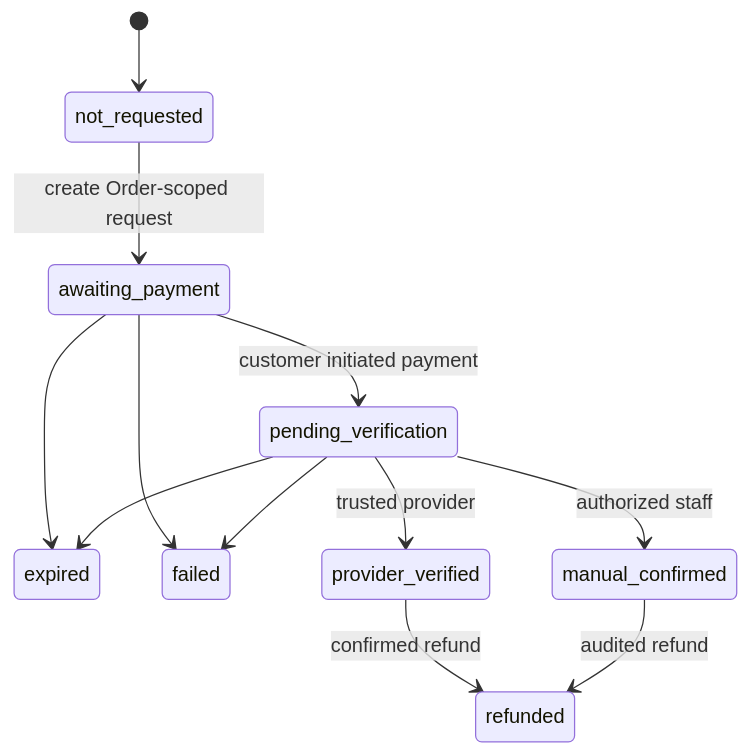
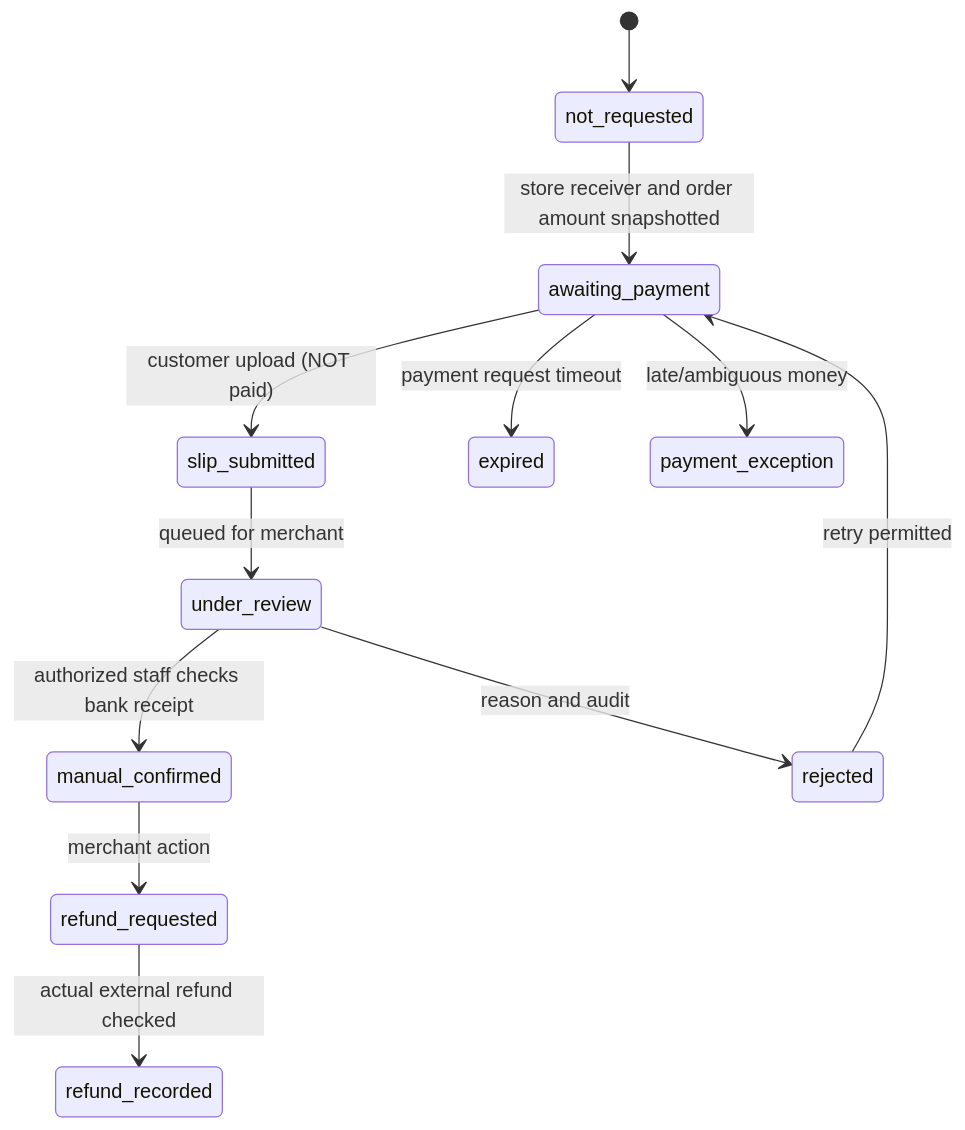
One commit to yiwssx/rcat-pos-system changed the second of 2 diagrams in docs/requirements/STATES.md. Above: the diagram before and after it, drawn with Mermaid. The commit also changed other lines of this file, not shown here.

Commit message:
docs(payment): align docs/requirements/STATES.md with G5-M1 manual PromptPay

````diff
--- a/docs/requirements/STATES.md
+++ b/docs/requirements/STATES.md
@@ -23,14 +23,14 @@
 ```mermaid
 stateDiagram-v2
     [*] --> not_requested
-    not_requested --> awaiting_payment: create Order-scoped request
-    awaiting_payment --> pending_verification: customer initiated payment
-    awaiting_payment --> expired
-    awaiting_payment --> failed
-    pending_verification --> provider_verified: trusted provider
-    pending_verification --> manual_confirmed: authorized staff
-    pending_verification --> failed
-    pending_verification --> expired
-    provider_verified --> refunded: confirmed refund
-    manual_confirmed --> refunded: audited refund
+    not_requested --> awaiting_payment: store receiver and order amount snapshotted
+    awaiting_payment --> slip_submitted: customer upload (NOT paid)
+    slip_submitted --> under_review: queued for merchant
+    under_review --> manual_confirmed: authorized staff checks bank receipt
+    under_review --> rejected: reason and audit
+    rejected --> awaiting_payment: retry permitted
+    awaiting_payment --> expired: payment request timeout
+    awaiting_payment --> payment_exception: late/ambiguous money
+    manual_confirmed --> refund_requested: merchant action
+    refund_requested --> refund_recorded: actual external refund checked
 ```
````
